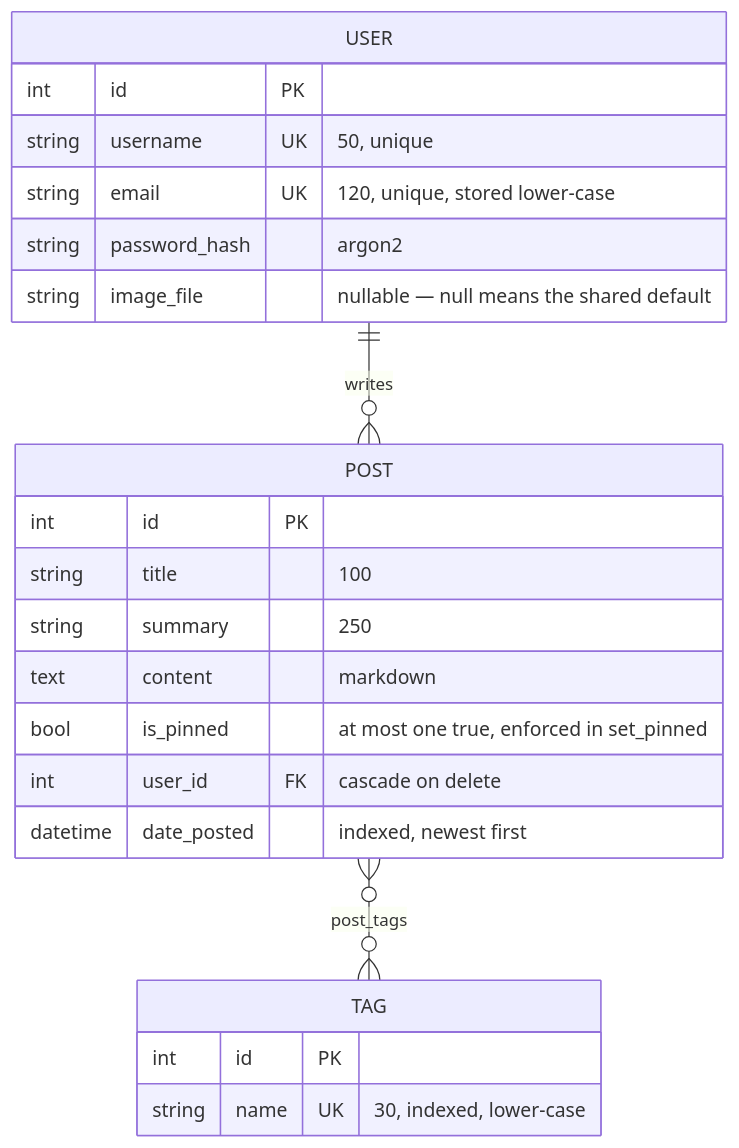
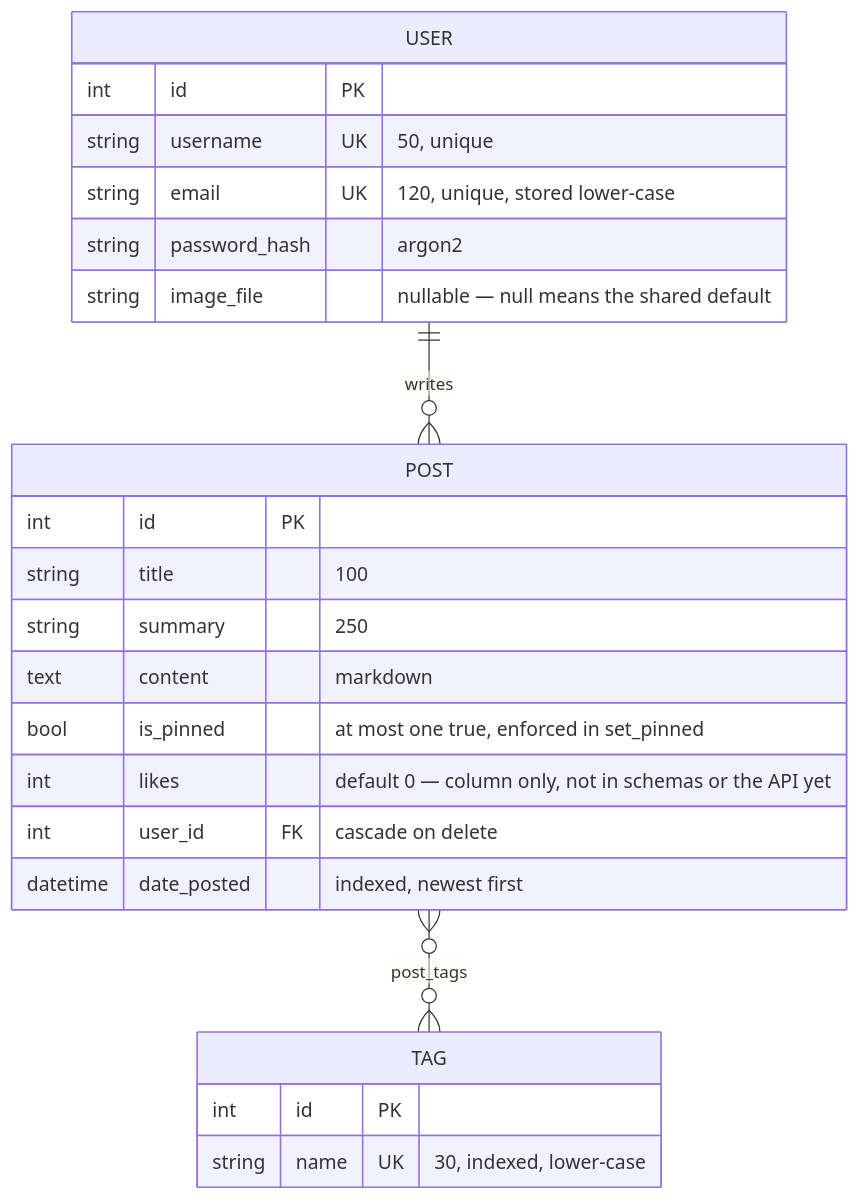
The third of 4 diagrams in docs/architecture.md (OstapchukIryna/fastapi-blog), drawn with Mermaid before and after one commit. The commit also changed other lines of this file and 15 other files, not shown here.

````diff
--- a/docs/architecture.md
+++ b/docs/architecture.md
@@ -225,28 +225,29 @@
 ```mermaid
 erDiagram
     USER ||--o{ POST : writes
     POST }o--o{ TAG : "post_tags"
 
     USER {
         int id PK
         string username UK "50, unique"
         string email UK "120, unique, stored lower-case"
         string password_hash "argon2"
         string image_file "nullable — null means the shared default"
     }
 
     POST {
         int id PK
         string title "100"
         string summary "250"
         text content "markdown"
         bool is_pinned "at most one true, enforced in set_pinned"
+        int likes "default 0 — column only, not in schemas or the API yet"
         int user_id FK "cascade on delete"
         datetime date_posted "indexed, newest first"
     }
 
     TAG {
         int id PK
         string name UK "30, indexed, lower-case"
     }
 ```
````
